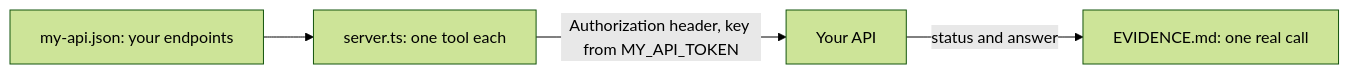
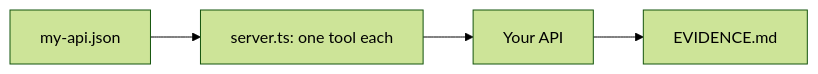
One commit to learnwithparam/mcp-workshop changed the diagram in parts/05-grow-the-server/06-wrap-your-own-api/problem/README.md. Above: the diagram before and after it, drawn with Mermaid (forest theme). The commit also changed other lines of this file and 23 other files, not shown here.

````diff
--- a/parts/05-grow-the-server/06-wrap-your-own-api/problem/README.md
+++ b/parts/05-grow-the-server/06-wrap-your-own-api/problem/README.md
@@ -15,6 +7,4 @@
 ```mermaid
 flowchart LR
-  J[my-api.json: your endpoints] --> S[server.ts: one tool each]
-  S -- "Authorization header, key from MY_API_TOKEN" --> A[Your API]
-  A -- "status and answer" --> E[EVIDENCE.md: one real call]
+  J[my-api.json] --> S[server.ts: one tool each] --> A[Your API] --> E[EVIDENCE.md]
 ```
````
